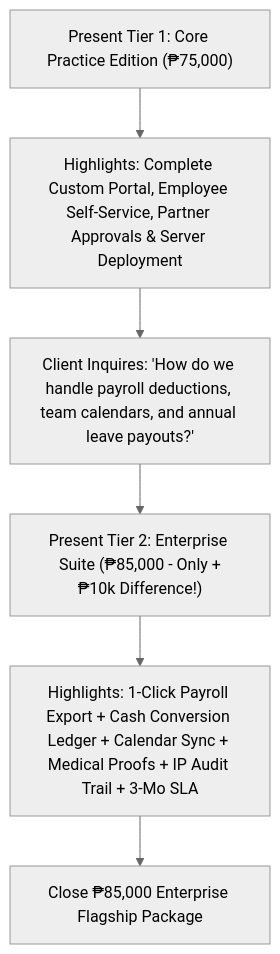
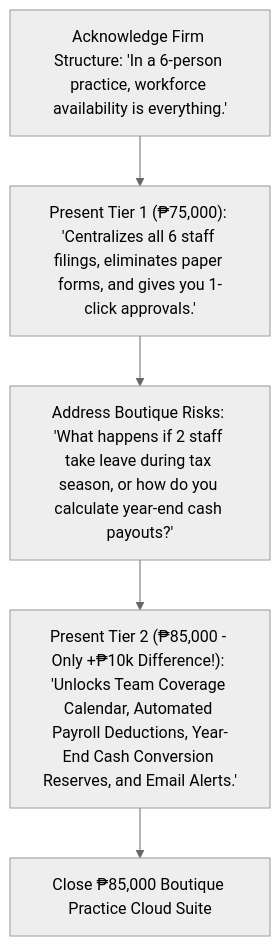
Before and after one commit to ggaaiiaaaaaa/leave-management: the diagram in PROPOSAL_TIERS.md, drawn with Mermaid (neutral theme). The commit also changed other lines of this file and 2 other files, not shown here.

Commit message:
Tailor 75k and 85k packages specifically for 6-person boutique CPA office

````diff
--- a/PROPOSAL_TIERS.md
+++ b/PROPOSAL_TIERS.md
@@ -93,8 +96,8 @@
 ```mermaid
 graph TD
-    A["Present Tier 1: Core Practice Edition (₱75,000)"] --> B["Highlights: Complete Custom Portal, Employee Self-Service, Partner Approvals & Server Deployment"]
-    B --> C["Client Inquires: 'How do we handle payroll deductions, team calendars, and annual leave payouts?'"]
-    C --> D["Present Tier 2: Enterprise Suite (₱85,000 - Only +₱10k Difference!)"]
-    D --> E["Highlights: 1-Click Payroll Export + Cash Conversion Ledger + Calendar Sync + Medical Proofs + IP Audit Trail + 3-Mo SLA"]
-    E --> F["Close ₱85,000 Enterprise Flagship Package"]
+    A["Acknowledge Firm Structure: 'In a 6-person practice, workforce availability is everything.'"]
+    A --> B["Present Tier 1 (₱75,000): 'Centralizes all 6 staff filings, eliminates paper forms, and gives you 1-click approvals.'"]
+    B --> C["Address Boutique Risks: 'What happens if 2 staff take leave during tax season, or how do you calculate year-end cash payouts?'"]
+    C --> D["Present Tier 2 (₱85,000 - Only +₱10k Difference!): 'Unlocks Team Coverage Calendar, Automated Payroll Deductions, Year-End Cash Conversion Reserves, and Email Alerts.'"]
+    D --> E["Close ₱85,000 Boutique Practice Cloud Suite"]
 ```
````
